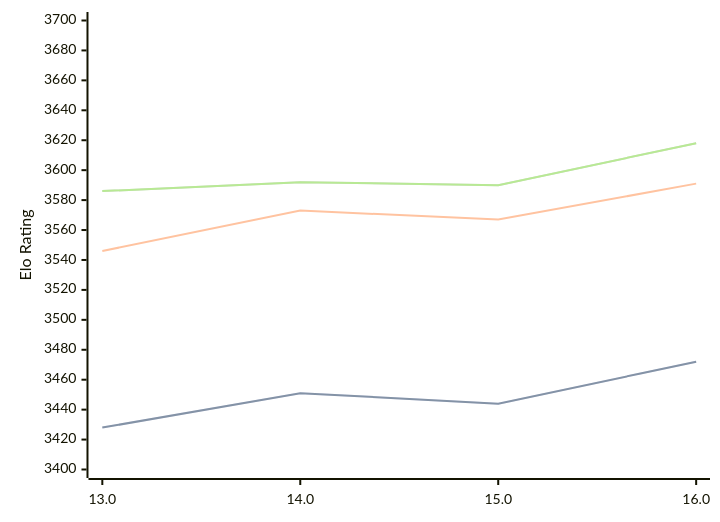
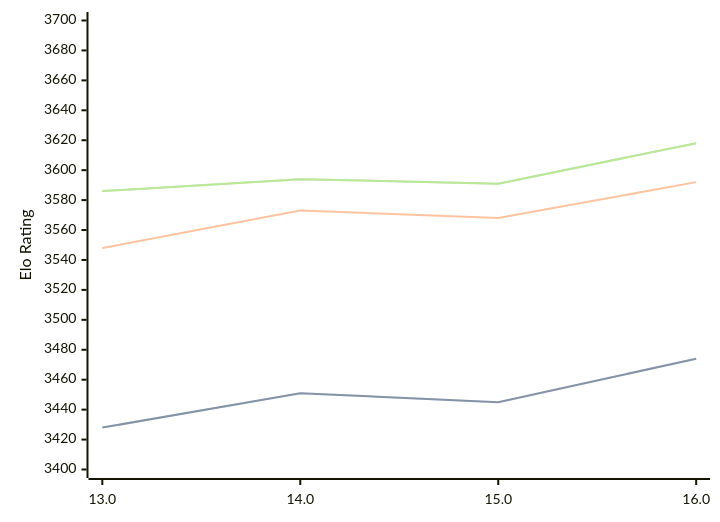
One commit to computer-chess-index/cci changed the diagram in engines/Obsidian.md. Above: the diagram before and after it, drawn with Mermaid. The commit also changed other lines of this file, not shown here.

Commit message:
Update CCI Ratings (ELO VLTC) - 2026-04-24

````diff
--- a/engines/Obsidian.md
+++ b/engines/Obsidian.md
@@ -43,11 +43,11 @@
 ```mermaid
 %%{init: {"theme":"base","themeVariables":{"seriesColors:['#a3a3a3','#222221','#faa371']}}}%%
 xychart-beta
   x-axis ["13.0", "14.0", "15.0", "16.0"]
   y-axis "Elo Rating" 3400 --> 3700
-  line "STC (8.0+0.08s)" [3428, 3451, 3444, 3472]
-  line "STC (8.0+0.08s)" [3428, 3451, 3444, 3472]
-  line "LTC (60.0+0.60s)" [3546, 3573, 3567, 3591]
-  line "VLTC (2m24s+1.12s)" [3586, 3592, 3590, 3618]
-  line "VLTC (2m24s+1.12s)" [3586, 3592, 3590, 3618]
+  line "STC (8.0+0.08s)" [3428, 3451, 3445, 3474]
+  line "STC (8.0+0.08s)" [3428, 3451, 3445, 3474]
+  line "LTC (60.0+0.60s)" [3548, 3573, 3568, 3592]
+  line "VLTC (2m24s+1.12s)" [3586, 3594, 3591, 3618]
+  line "VLTC (2m24s+1.12s)" [3586, 3594, 3591, 3618]
 ```
````
